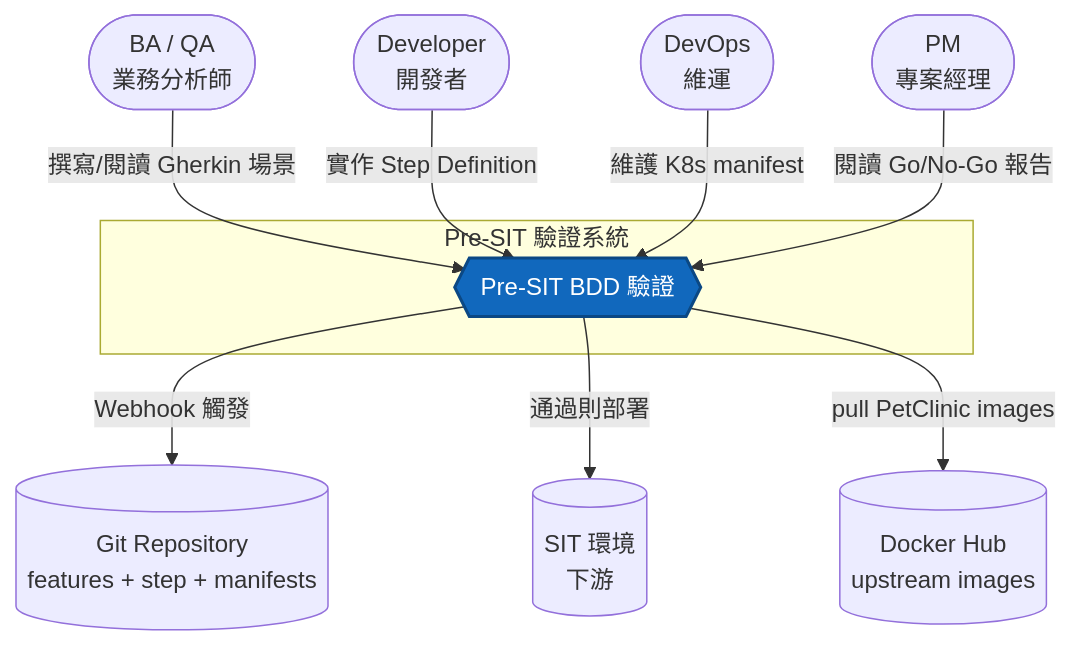
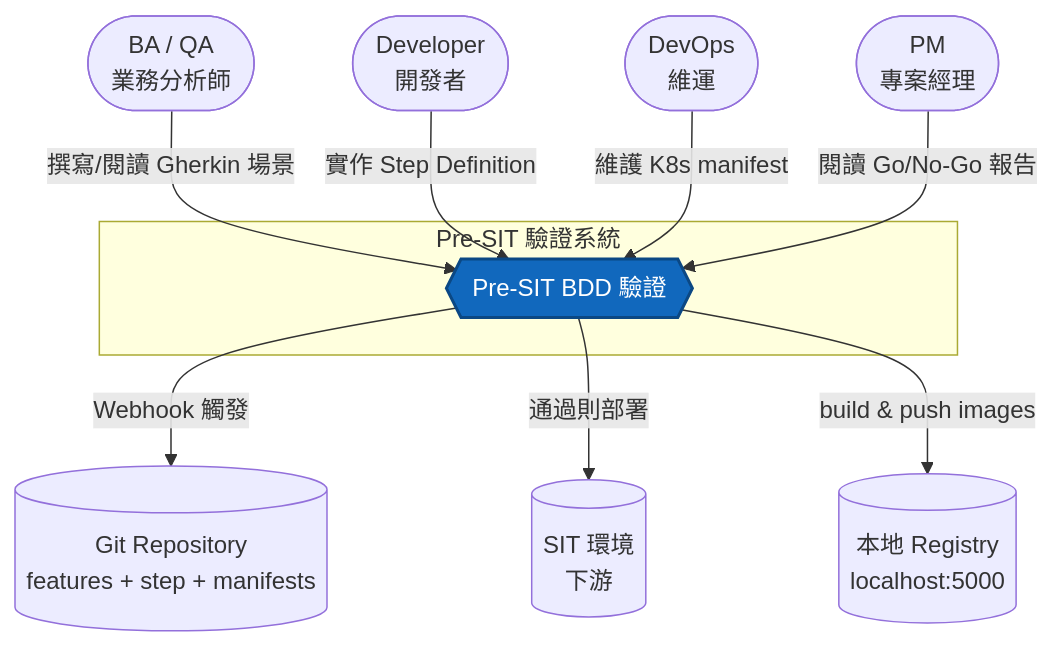
One commit to ChunPingWang/pre-site-tutorial changed the sixth of 16 diagrams in README.md. Above: the diagram before and after it, drawn with Mermaid. The commit also changed other lines of this file, not shown here.

First line of the commit message:
docs(readme): 修正 Q1/Q2/Q5/L1圖 中的 HSQLDB 與 upstream image 錯誤敘述

````diff
--- a/README.md
+++ b/README.md
@@ -303,26 +303,26 @@
 ```mermaid
 graph TB
     BA([BA / QA<br/>業務分析師])
     DEV([Developer<br/>開發者])
     OPS([DevOps<br/>維運])
     PM([PM<br/>專案經理])
 
     subgraph PreSIT[Pre-SIT 驗證系統]
         SYS{{Pre-SIT BDD 驗證}}
     end
 
     GIT[(Git Repository<br/>features + step + manifests)]
     SIT[(SIT 環境<br/>下游)]
-    REG[(Docker Hub<br/>upstream images)]
+    REG[(本地 Registry<br/>localhost:5000)]
 
     BA -- 撰寫/閱讀 Gherkin 場景 --> SYS
     DEV -- 實作 Step Definition --> SYS
     OPS -- 維護 K8s manifest --> SYS
     PM -- 閱讀 Go/No-Go 報告 --> SYS
 
     SYS -- Webhook 觸發 --> GIT
     SYS -- 通過則部署 --> SIT
-    SYS -- pull PetClinic images --> REG
+    SYS -- build & push images --> REG
 
     style SYS fill:#1168bd,color:#fff,stroke:#0b4884,stroke-width:2px
 ```
````
